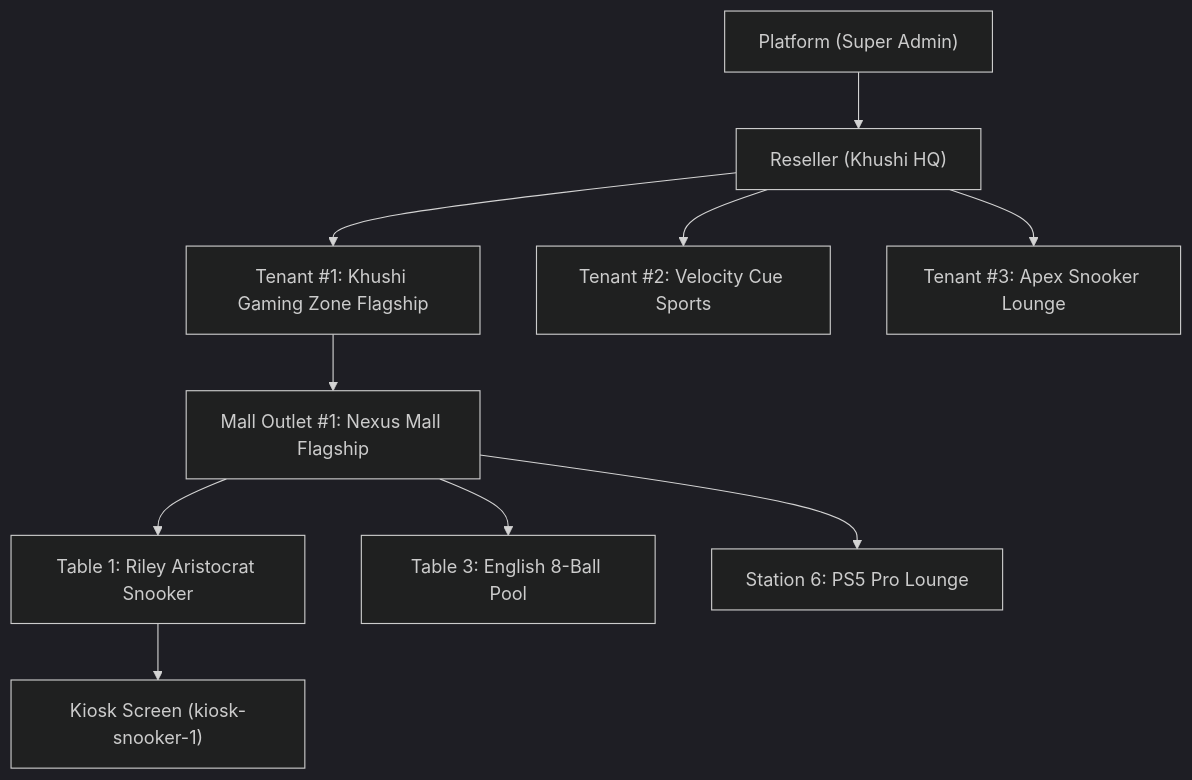
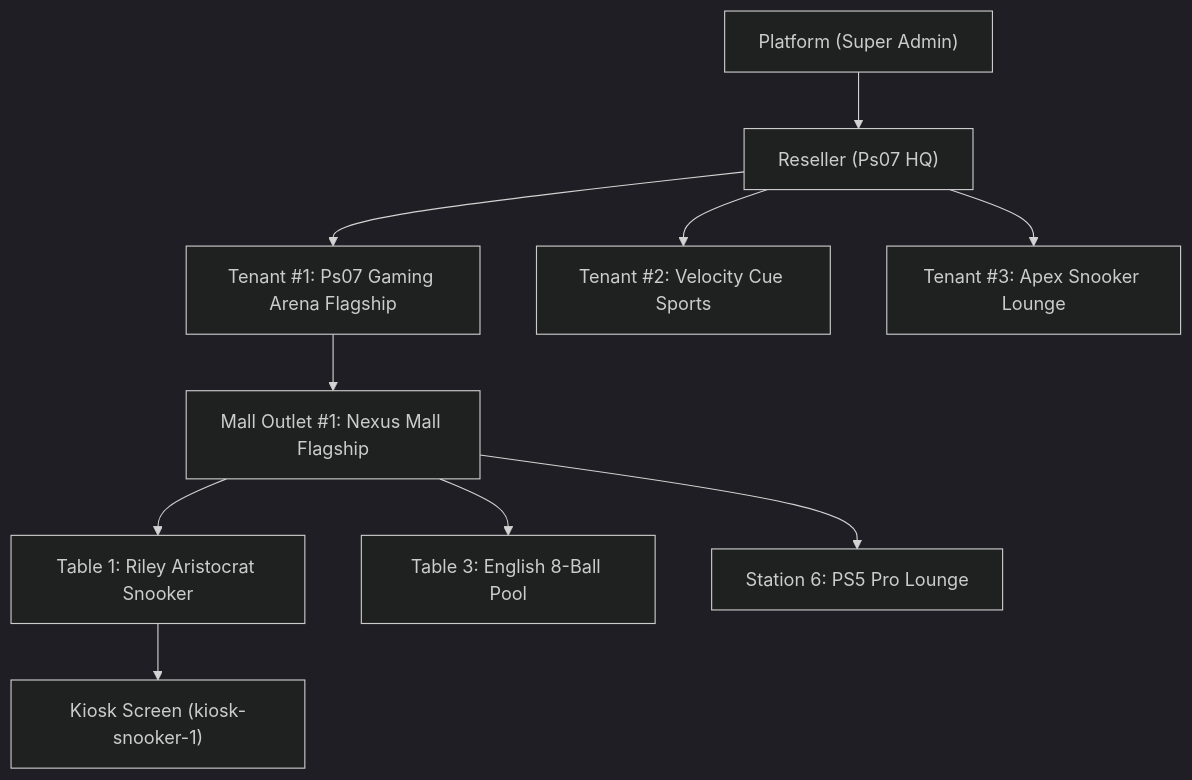
The diagram in README.md (rptomar/khushigamingzone), drawn with Mermaid (dark theme) before and after one commit. The commit also changed other lines of this file and 24 other files, not shown here.

Commit message:
feat: rebrand to Ps07 Gaming Arena and add interactive dynamic headline rotator

````diff
--- a/README.md
+++ b/README.md
@@ -44,12 +44,12 @@
 ```mermaid
 graph TD
-    Platform["Platform (Super Admin)"] --> Reseller["Reseller (Khushi HQ)"]
-    Reseller --> Tenant1["Tenant #1: Khushi Gaming Zone Flagship"]
+    Platform["Platform (Super Admin)"] --> Reseller["Reseller (Ps07 HQ)"]
+    Reseller --> Tenant1["Tenant #1: Ps07 Gaming Arena Flagship"]
     Reseller --> Tenant2["Tenant #2: Velocity Cue Sports"]
     Reseller --> Tenant3["Tenant #3: Apex Snooker Lounge"]
     Tenant1 --> Outlet1["Mall Outlet #1: Nexus Mall Flagship"]
     Outlet1 --> Resource1["Table 1: Riley Aristocrat Snooker"]
     Outlet1 --> Resource2["Table 3: English 8-Ball Pool"]
     Outlet1 --> Resource3["Station 6: PS5 Pro Lounge"]
     Resource1 --> Device1["Kiosk Screen (kiosk-snooker-1)"]
 ```
````
